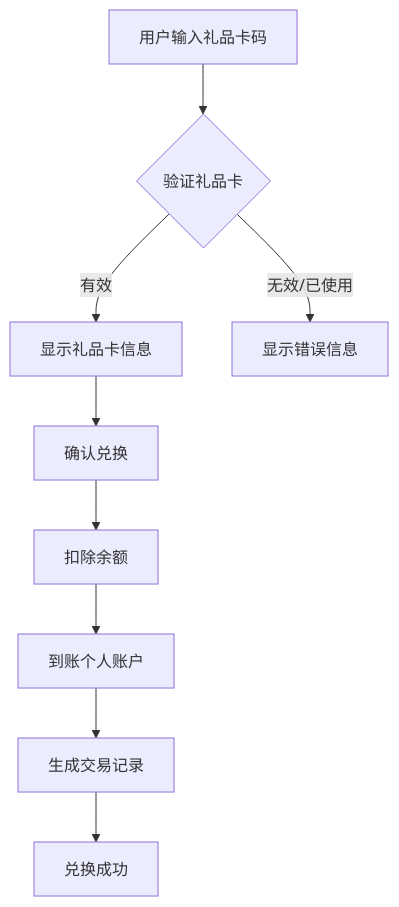
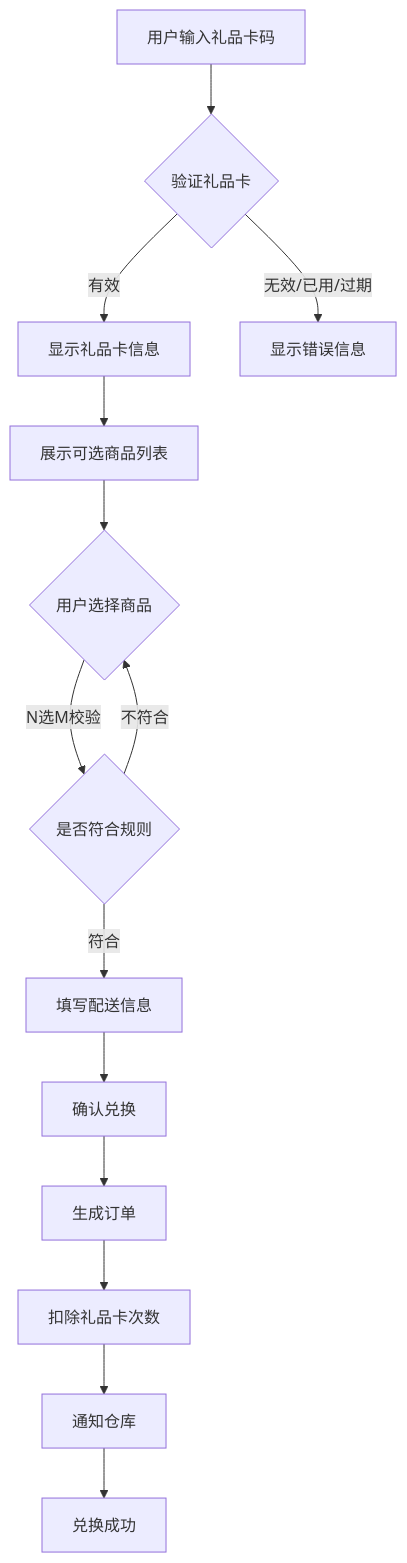
Before and after one commit to ChrisAsuka/ChrisAsuka: the first of 3 diagrams in .trae/documents/礼品卡兑换系统 PRD.md, drawn with Mermaid. The commit also changed other lines of this file, not shown here.

````diff
--- a/.trae/documents/礼品卡兑换系统 PRD.md
+++ b/.trae/documents/礼品卡兑换系统 PRD.md
@@ -39,11 +107,16 @@
 ```mermaid
 graph TD
     A[用户输入礼品卡码] --> B{验证礼品卡}
     B -->|有效| C[显示礼品卡信息]
-    C --> D[确认兑换]
-    D --> E[扣除余额]
-    E --> F[到账个人账户]
-    F --> G[生成交易记录]
-    G --> H[兑换成功]
-    B -->|无效/已使用| I[显示错误信息]
+    C --> D[展示可选商品列表]
+    D --> E{用户选择商品}
+    E -->|N选M校验| F{是否符合规则}
+    F -->|符合| G[填写配送信息]
+    F -->|不符合| E
+    G --> H[确认兑换]
+    H --> I[生成订单]
+    I --> J[扣除礼品卡次数]
+    J --> K[通知仓库]
+    K --> L[兑换成功]
+    B -->|无效/已用/过期| M[显示错误信息]
 ```
````
